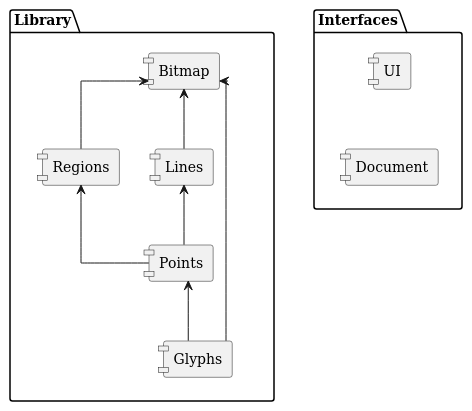
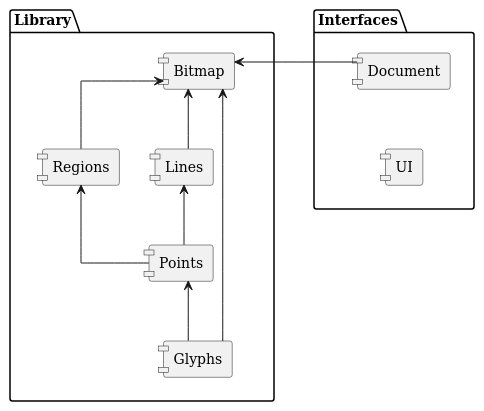
The diagram in documentation/Specification/diagrams/top_level_modules.plantuml (zwerdlds/GlyphMosaic), drawn with PlantUML before and after one commit. The commit also changed 4 other files, not shown here.

```diff
--- a/documentation/Specification/diagrams/top_level_modules.plantuml
+++ b/documentation/Specification/diagrams/top_level_modules.plantuml
@@ -1,31 +1,31 @@
 @startuml
 skinparam componentStyle uml1
 skinparam defaultFontName DejaVu Serif
 skinparam linetype ortho
 
 package "Interfaces" as intf {
     component "UI" as ui
     component "Document" as file
 
-    file -u[hidden]- ui
+    file -d[hidden]- ui
 }
 
 package "Library" as lib {
     component "Bitmap" as bmp
     component "Regions" as reg
     component "Lines" as line
     component "Points" as pts
     component "Glyphs" as gly
 }
 
 lib -r[hidden]-> intf
 
 line -u-> bmp
 reg -u-> bmp
 pts -u-> line
 gly -u-> pts
 gly -u-> bmp
 pts -u-> reg
-
+file -l-> bmp
 
 @enduml
```
